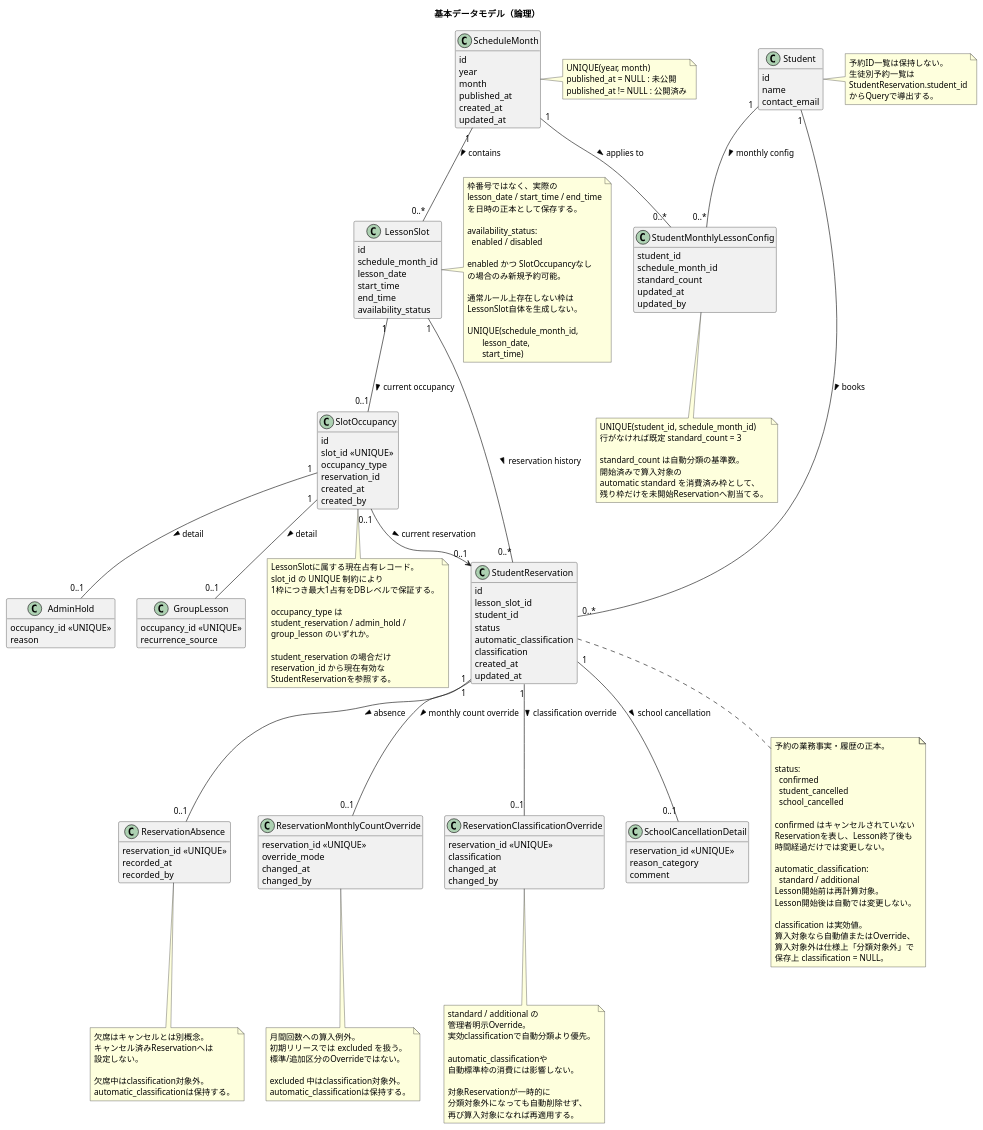
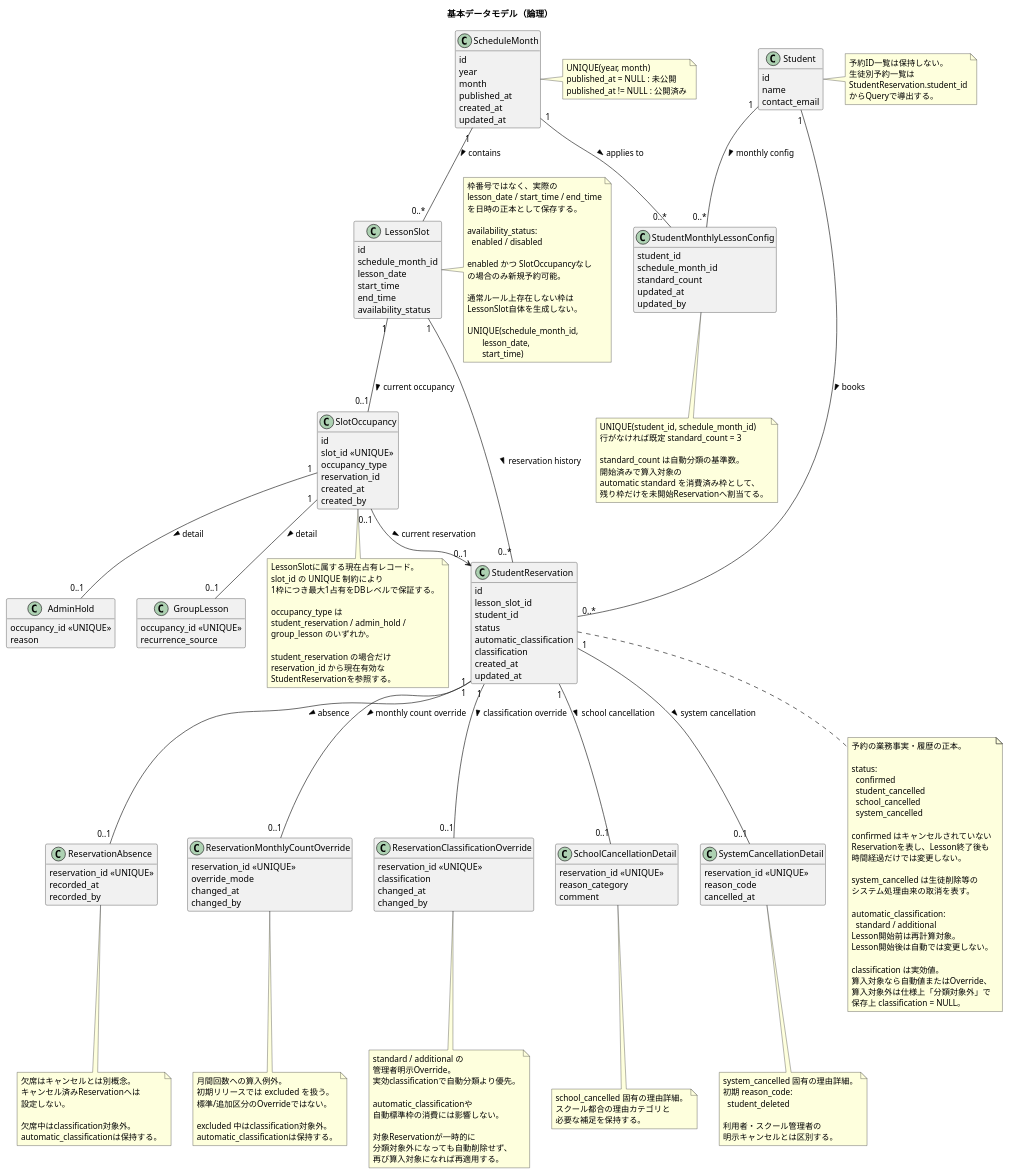
The diagram in docs/diagrams/plantuml/data-model-overview.puml (suzukure/nssscdl), drawn with PlantUML before and after one commit.

Commit message:
Add system cancellation detail to data model

```diff
--- a/docs/diagrams/plantuml/data-model-overview.puml
+++ b/docs/diagrams/plantuml/data-model-overview.puml
@@ -66,6 +66,12 @@
   comment
 }
 
+class SystemCancellationDetail {
+  reservation_id <<UNIQUE>>
+  reason_code
+  cancelled_at
+}
+
 class StudentMonthlyLessonConfig {
   student_id
   schedule_month_id
@@ -105,6 +111,7 @@
 StudentReservation "1" -- "0..1" ReservationMonthlyCountOverride : monthly count override >
 StudentReservation "1" -- "0..1" ReservationClassificationOverride : classification override >
 StudentReservation "1" -- "0..1" SchoolCancellationDetail : school cancellation >
+StudentReservation "1" -- "0..1" SystemCancellationDetail : system cancellation >
 
 Student "1" -- "0..*" StudentMonthlyLessonConfig : monthly config >
 ScheduleMonth "1" -- "0..*" StudentMonthlyLessonConfig : applies to >
@@ -148,10 +155,14 @@
     confirmed
     student_cancelled
     school_cancelled
+    system_cancelled
 
   confirmed はキャンセルされていない
   Reservationを表し、Lesson終了後も
   時間経過だけでは変更しない。
+
+  system_cancelled は生徒削除等の
+  システム処理由来の取消を表す。
 
   automatic_classification:
     standard / additional
@@ -195,6 +206,21 @@
   再び算入対象になれば再適用する。
 end note
 
+note bottom of SchoolCancellationDetail
+  school_cancelled 固有の理由詳細。
+  スクール都合の理由カテゴリと
+  必要な補足を保持する。
+end note
+
+note bottom of SystemCancellationDetail
+  system_cancelled 固有の理由詳細。
+  初期 reason_code:
+    student_deleted
+
+  利用者・スクール管理者の
+  明示キャンセルとは区別する。
+end note
+
 note bottom of StudentMonthlyLessonConfig
   UNIQUE(student_id, schedule_month_id)
   行がなければ既定 standard_count = 3
```
